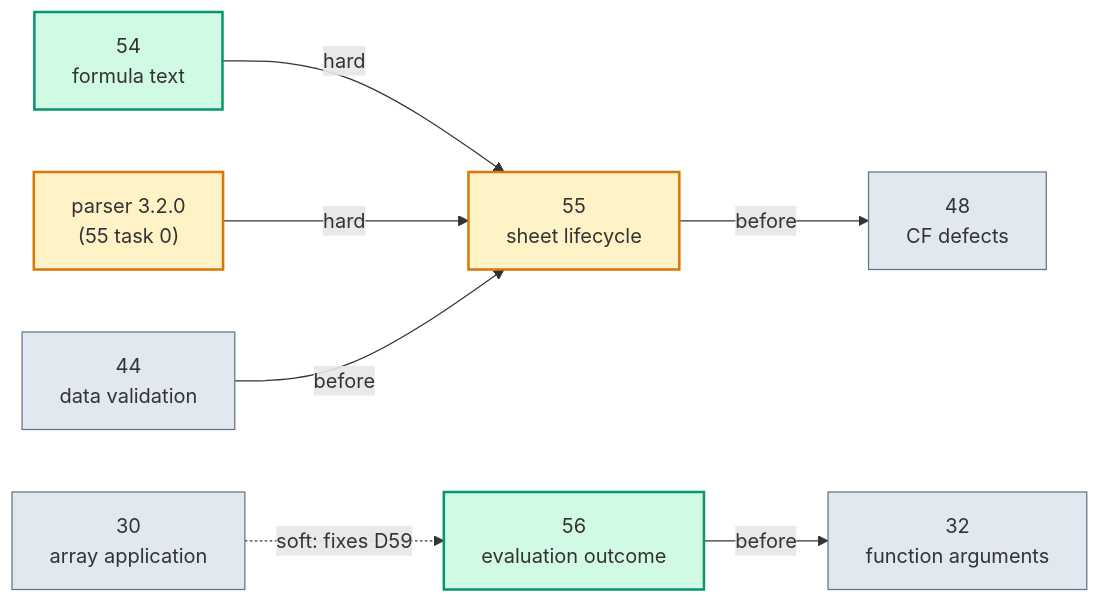
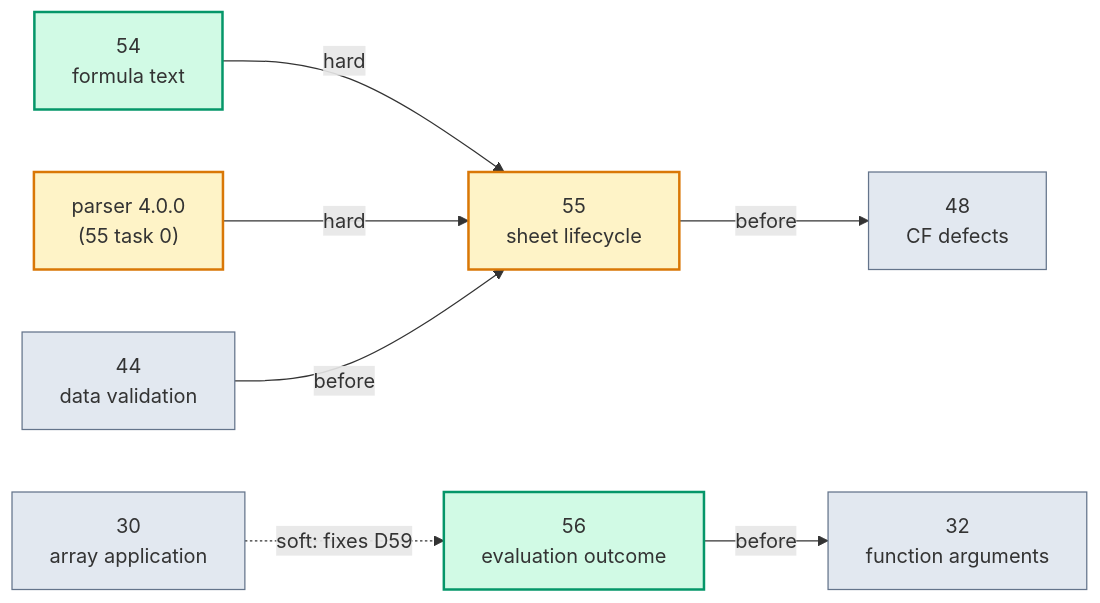
One commit to XLibur/XLibur changed the diagram in docs/specs/TASKLIST-architecture-deepening-4.md. Above: the diagram before and after it, drawn with Mermaid. The commit also changed other lines of this file and 2 other files, not shown here.

First line of the commit message:
docs: spec 55 reads parser 4.0.0, the release its task 0 shipped as

````diff
--- a/docs/specs/TASKLIST-architecture-deepening-4.md
+++ b/docs/specs/TASKLIST-architecture-deepening-4.md
@@ -100,22 +100,22 @@
 ```mermaid
 flowchart LR
-  P["parser 3.2.0<br/>(55 task 0)"]:::blocked
+  P["parser 4.0.0<br/>(55 task 0)"]:::blocked
   S54["54<br/>formula text"]:::ready
   S55["55<br/>sheet lifecycle"]:::blocked
   S56["56<br/>evaluation outcome"]:::ready
   S44["44<br/>data validation"]:::other
   S48["48<br/>CF defects"]:::other
   S32["32<br/>function arguments"]:::other
   S30["30<br/>array application"]:::other
 
   S54 -->|hard| S55
   P -->|hard| S55
   S44 -->|"before"| S55
   S55 -->|"before"| S48
   S56 -->|"before"| S32
   S30 -.->|"soft: fixes D59"| S56
 
   classDef ready fill:#d1fae5,stroke:#059669,stroke-width:2px;
   classDef blocked fill:#fef3c7,stroke:#d97706,stroke-width:2px;
   classDef other fill:#e2e8f0,stroke:#64748b,stroke-width:1px;
 ```
````
